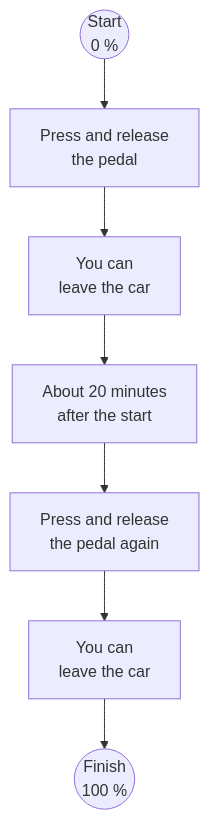
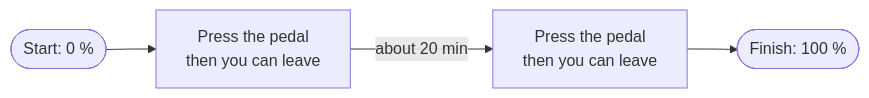
Before and after one commit to eXXon48/revised-docs: the diagram in guides/update-firmware.md, drawn with Mermaid. The commit also changed 2 other files, not shown here.

Commit message:
Fix pedal chart: horizontal, labels no longer clipped, scrolls on phones

````diff
--- a/guides/update-firmware.md
+++ b/guides/update-firmware.md
@@ -115,9 +115,6 @@
 ```mermaid
-flowchart TB
-  S(("Start<br/>0 %")) --> P1["Press and release<br/>the pedal"]
-  P1 --> L1["You can<br/>leave the car"]
-  L1 --> T["About 20 minutes<br/>after the start"]
-  T --> P2["Press and release<br/>the pedal again"]
-  P2 --> L2["You can<br/>leave the car"]
-  L2 --> F(("Finish<br/>100 %"))
+flowchart LR
+  S(["Start: 0 %"]) --> P1["Press the pedal<br/>then you can leave"]
+  P1 -- "about 20 min" --> P2["Press the pedal<br/>then you can leave"]
+  P2 --> F(["Finish: 100 %"])
 ```
````
